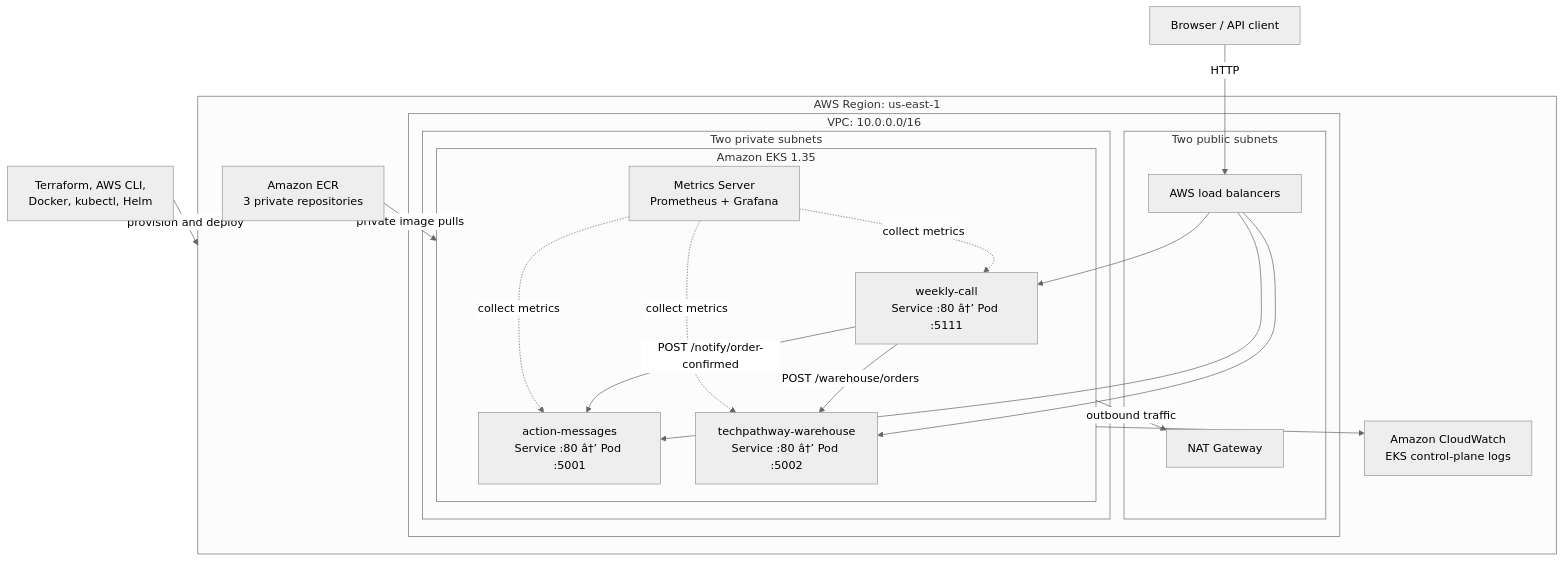
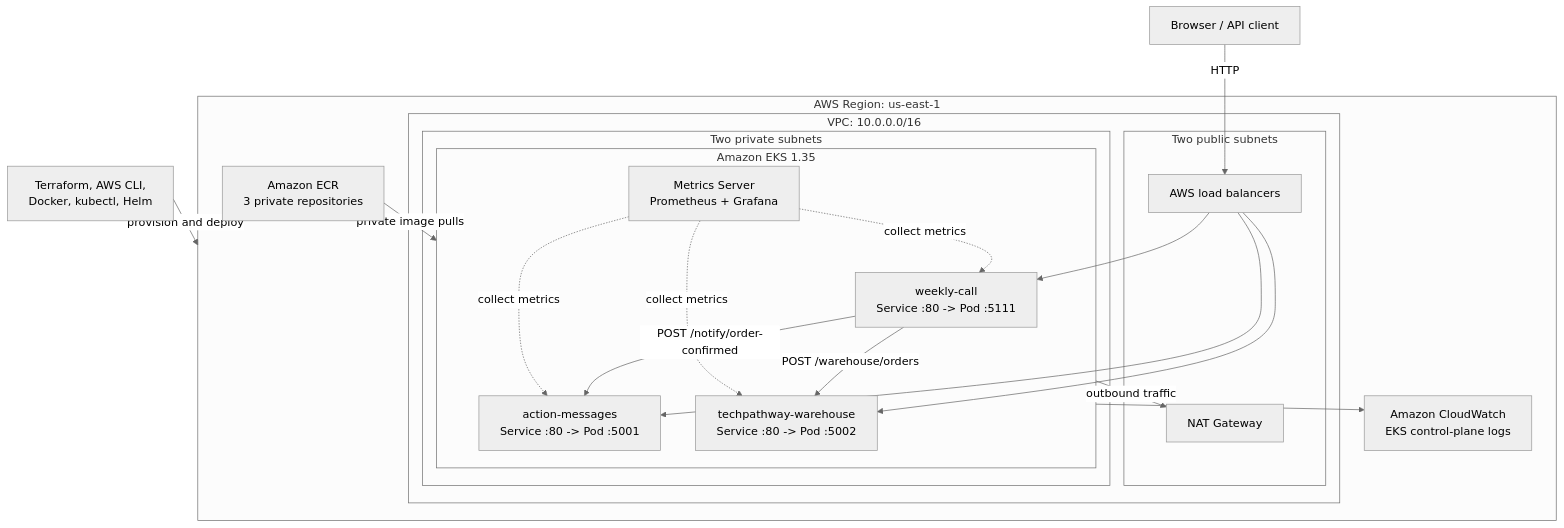
Before and after one commit to davidikundji/Microservices-App-Deployment-with-Terraform-AWS-EKS: the diagram in ARCHITECTURE.md, drawn with Mermaid (neutral theme). The commit also changed other lines of this file and 1 other file, not shown here.

Commit message:
Fix documentation character encoding

````diff
--- a/ARCHITECTURE.md
+++ b/ARCHITECTURE.md
@@ -23,40 +23,40 @@
 ```mermaid
 flowchart TB
     user["Browser / API client"]
     awscli["Terraform, AWS CLI,<br/>Docker, kubectl, Helm"]
 
     subgraph region["AWS Region: us-east-1"]
         ecr["Amazon ECR<br/>3 private repositories"]
         logs["Amazon CloudWatch<br/>EKS control-plane logs"]
 
         subgraph vpc["VPC: 10.0.0.0/16"]
             subgraph public["Two public subnets"]
                 elb["AWS load balancers"]
                 nat["NAT Gateway"]
             end
 
             subgraph private["Two private subnets"]
                 subgraph eks["Amazon EKS 1.35"]
-                    main["weekly-call<br/>Service :80 â†’ Pod :5111"]
-                    notify["action-messages<br/>Service :80 â†’ Pod :5001"]
-                    warehouse["techpathway-warehouse<br/>Service :80 â†’ Pod :5002"]
+                    main["weekly-call<br/>Service :80 -> Pod :5111"]
+                    notify["action-messages<br/>Service :80 -> Pod :5001"]
+                    warehouse["techpathway-warehouse<br/>Service :80 -> Pod :5002"]
                     metrics["Metrics Server<br/>Prometheus + Grafana"]
                 end
             end
         end
     end
 
     awscli -->|"provision and deploy"| region
     user -->|"HTTP"| elb
     elb --> main
     elb --> notify
     elb --> warehouse
     main -->|"POST /notify/order-confirmed"| notify
     main -->|"POST /warehouse/orders"| warehouse
     ecr -->|"private image pulls"| eks
     eks --> logs
     metrics -.->|"collect metrics"| main
     metrics -.->|"collect metrics"| notify
     metrics -.->|"collect metrics"| warehouse
     eks -->|"outbound traffic"| nat
 ```
````
